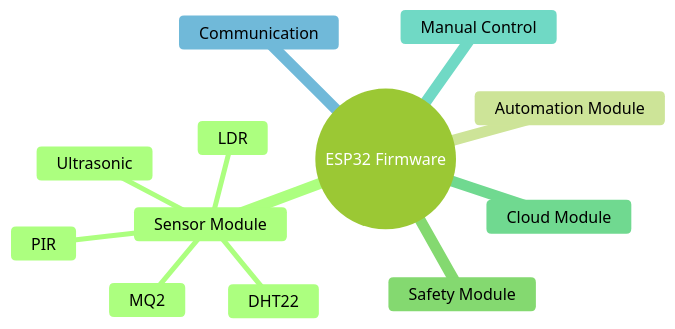
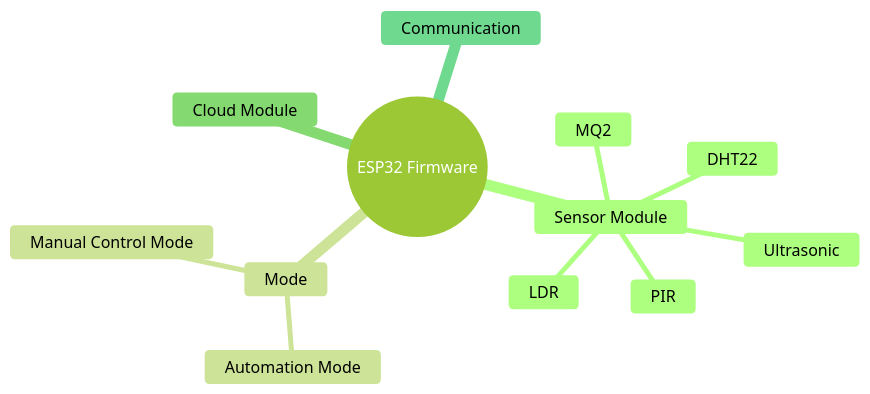
One commit to ahmedMadh/Full-Smart-Home-with-AI changed the third of 10 diagrams in README.md. Above: the diagram before and after it, drawn with Mermaid (forest theme).

````diff
--- a/README.md
+++ b/README.md
@@ -326,26 +326,26 @@
 ```mermaid
 mindmap
   root((ESP32 Firmware))
 
     Sensor Module
 
       DHT22
 
       MQ2
 
       PIR
 
       LDR
 
       Ultrasonic
 
-    Automation Module
+    Mode
 
-    Safety Module
+      Automation Mode
+
+      Manual Control Mode
 
     Cloud Module
 
-    Manual Control
-
     Communication
 ```
````
